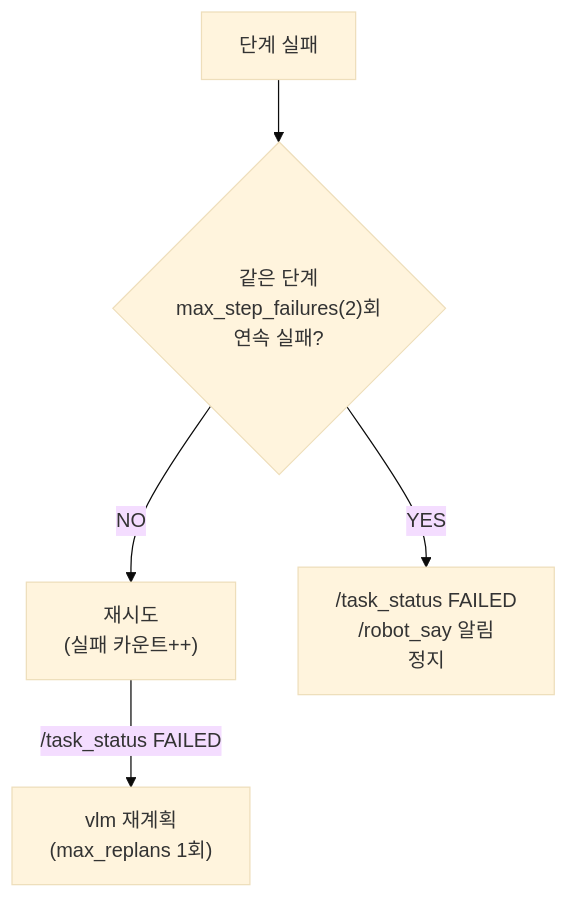
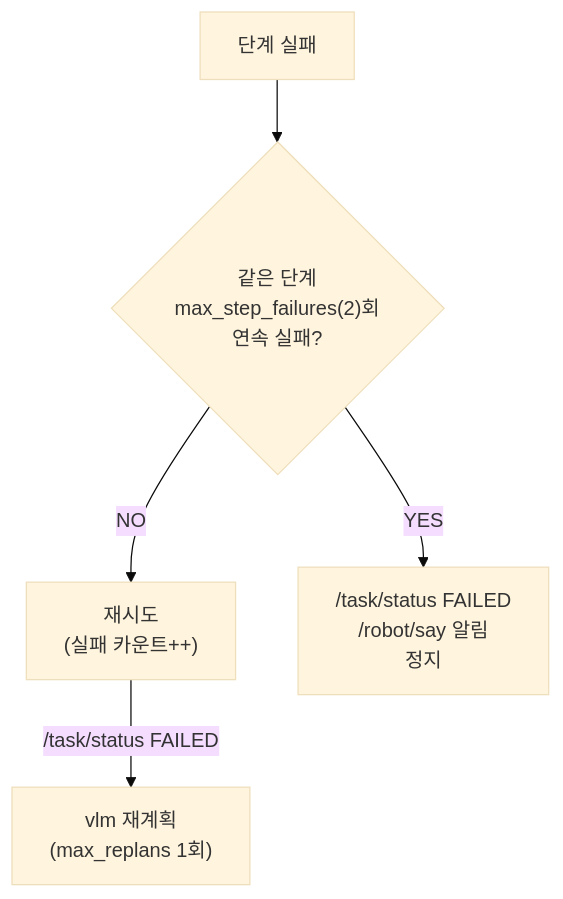
Before and after one commit to SeungHye-J/Lv2_bee_Assignment: the fifth of 5 diagrams in documents/mission/scenario/05-phase4-execute.md, drawn with Mermaid (base theme). The commit also changed other lines of this file and 25 other files, not shown here.

````diff
--- a/documents/mission/scenario/05-phase4-execute.md
+++ b/documents/mission/scenario/05-phase4-execute.md
@@ -111,11 +111,11 @@
 ```mermaid
 flowchart TD
     FAIL_STEP["단계 실패"]
     COUNT{"같은 단계\nmax_step_failures(2)회\n연속 실패?"}
     RETRY_S["재시도\n(실패 카운트++)"]
-    REPORT["/task_status FAILED\n/robot_say 알림\n정지"]
+    REPORT["/task/status FAILED\n/robot/say 알림\n정지"]
 
     FAIL_STEP --> COUNT
-    COUNT -->|"NO"| RETRY_S -->|"/task_status FAILED"| VLM_RE["vlm 재계획\n(max_replans 1회)"]
+    COUNT -->|"NO"| RETRY_S -->|"/task/status FAILED"| VLM_RE["vlm 재계획\n(max_replans 1회)"]
     COUNT -->|"YES"| REPORT
 ```
````
